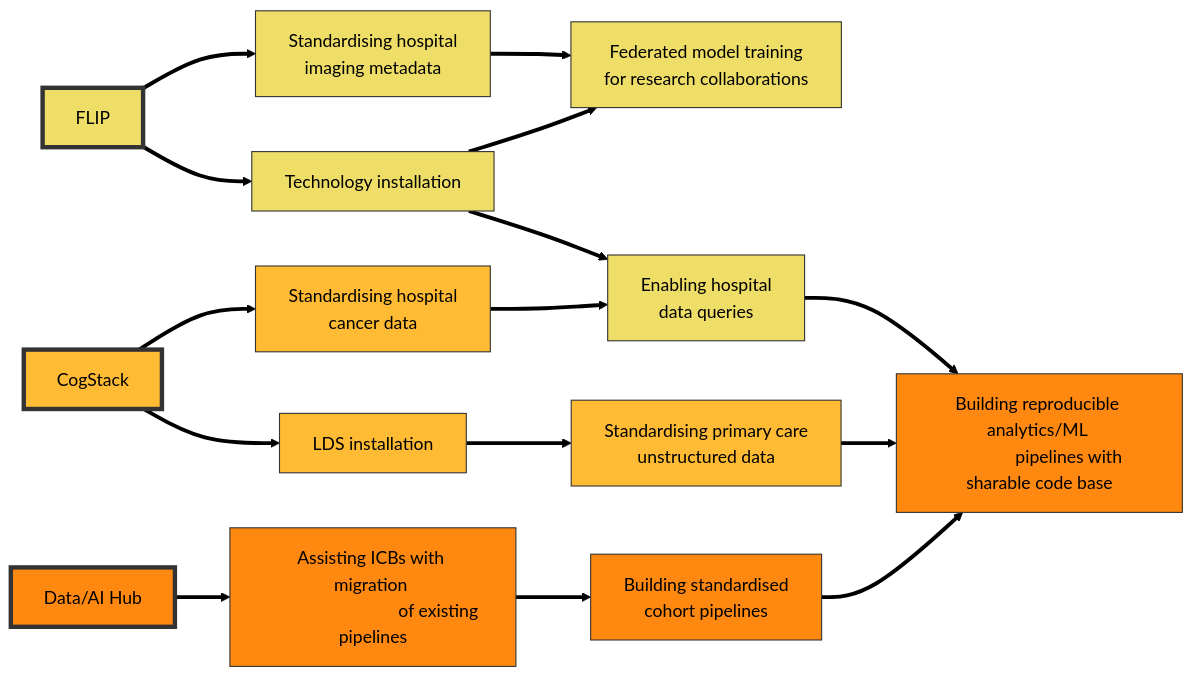
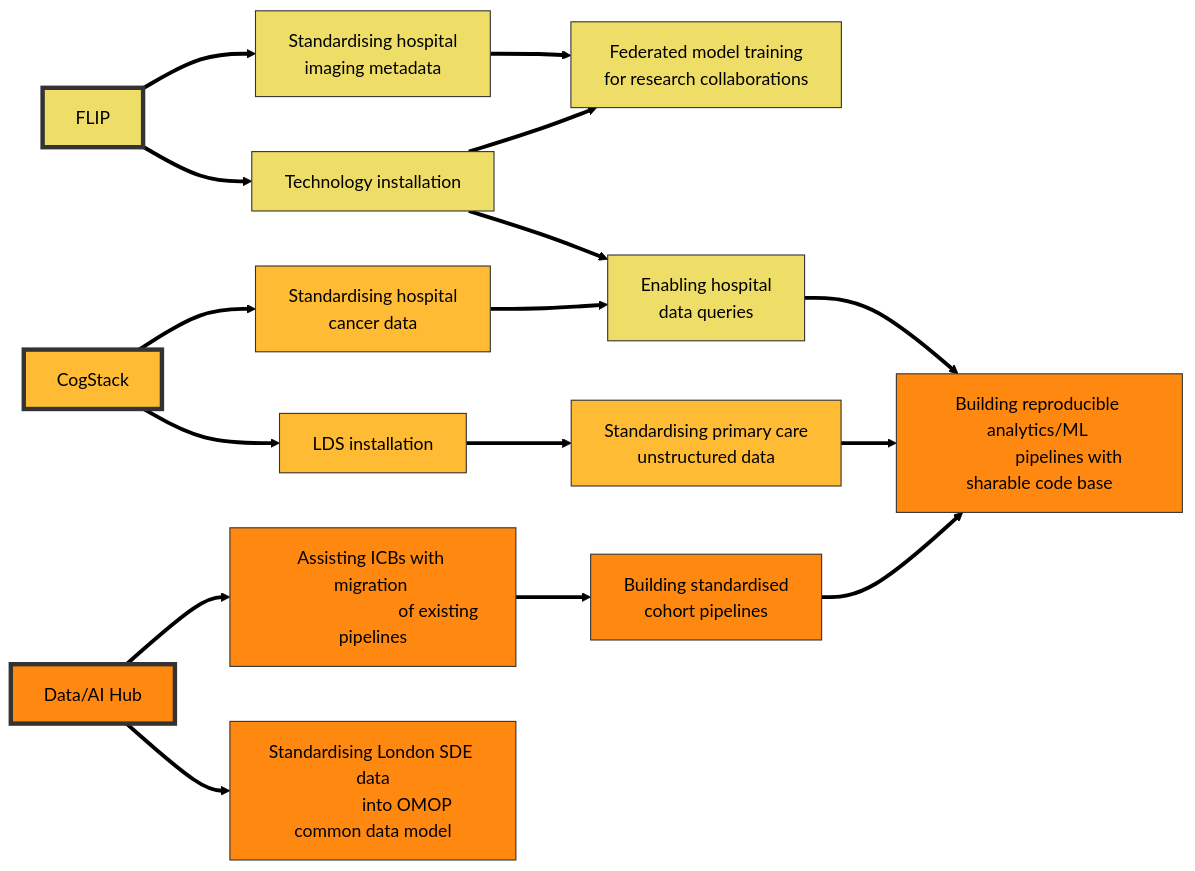
Before and after one commit to d3london/sde-aic: the second of 3 diagrams in index.qmd, drawn with Mermaid (forest theme). The commit also changed other lines of this file and 11 other files, not shown here.

````diff
--- a/index.qmd
+++ b/index.qmd
@@ -92,46 +92,48 @@
 ```{mermaid}
 %%| fig-width: 6
 %%| label: fig-aic-objectives
 %%| fig-cap: "Summary of AIC work components and objectives. FLIP = Federated Learning and Interoperability Platform; ML = Machine Learning."
 flowchart LR
     FLIP["FLIP"] ==> A1["Standardising hospital 
                           imaging metadata"] 
     FLIP ==> A2[Technology installation]
     A1 ==> A3["Federated model training
               for research collaborations"]
     A2 ==> A3
 
     A2 ==> A4["Enabling hospital 
               data queries"]
     B1 ==> A4
 
     COG["CogStack"] ==> B1["Standardising hospital 
                             cancer data"]
     COG ==> B2[LDS installation] ==> B3["Standardising primary care 
                                       unstructured data"]
 
     A4 ==> C3
     B3 ==> C3
 
     HUB[Data/AI Hub] ==> C1["Assisting ICBs with migration 
                               of existing pipelines"]
     C1 ==> C2["Building standardised 
                 cohort pipelines"]
     C2 ==> C3["Building reproducible analytics/ML 
               pipelines with sharable code base"]
+    HUB ==> C4["Standardising London SDE data
+                into OMOP common data model"]
 
     classDef yellow fill:#ed6, stroke:#333, stroke-width:1px
     classDef lightorange fill:#fb3, stroke:#333, stroke-width:1px
     classDef orange fill:#f81, stroke:#333, stroke-width:1px
 
     classDef yellowbase fill:#ed6, stroke:#333, stroke-width:4px
     classDef lightorangebase fill:#fb3, stroke:#333, stroke-width:4px
     classDef orangebase fill:#f81, stroke:#333, stroke-width:4px
 
     class FLIP yellowbase
     class A1,A2,A3,A4 yellow
     class COG lightorangebase
     class B1,B2,B3 lightorange
     class HUB orangebase
-    class C1,C2,C3 orange
+    class C1,C2,C3,C4 orange
 ```
````
